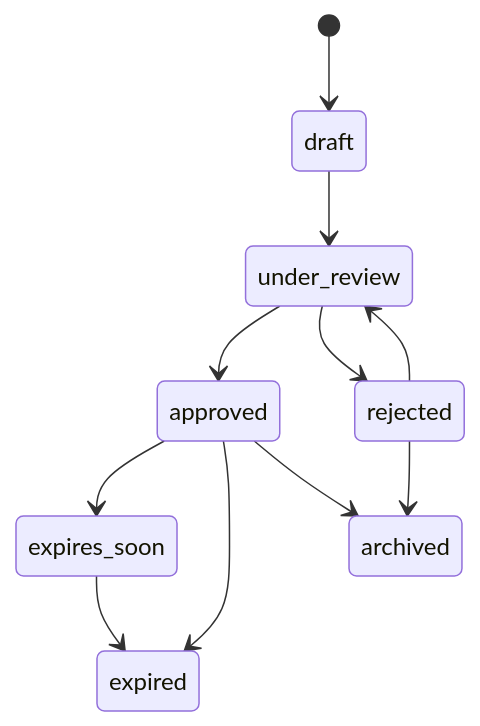
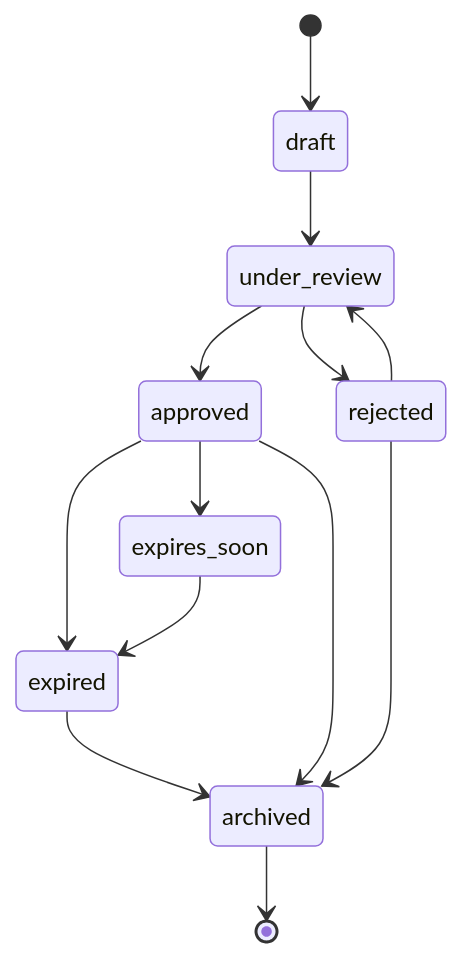
The fourth of 12 diagrams in migrationos/04_data-model/status-models.md (alexeorg97-byte/system-analyst-portfolio), drawn with Mermaid before and after one commit. The commit also changed other lines of this file, not shown here.

````diff
--- a/migrationos/04_data-model/status-models.md
+++ b/migrationos/04_data-model/status-models.md
@@ -233,13 +234,15 @@
 ```mermaid
 stateDiagram-v2
     [*] --> draft
     draft --> under_review
     under_review --> approved
     under_review --> rejected
     rejected --> under_review
     approved --> expires_soon
     approved --> expired
     expires_soon --> expired
+    expired --> archived
     approved --> archived
     rejected --> archived
+    archived --> [*]
 ```
````
